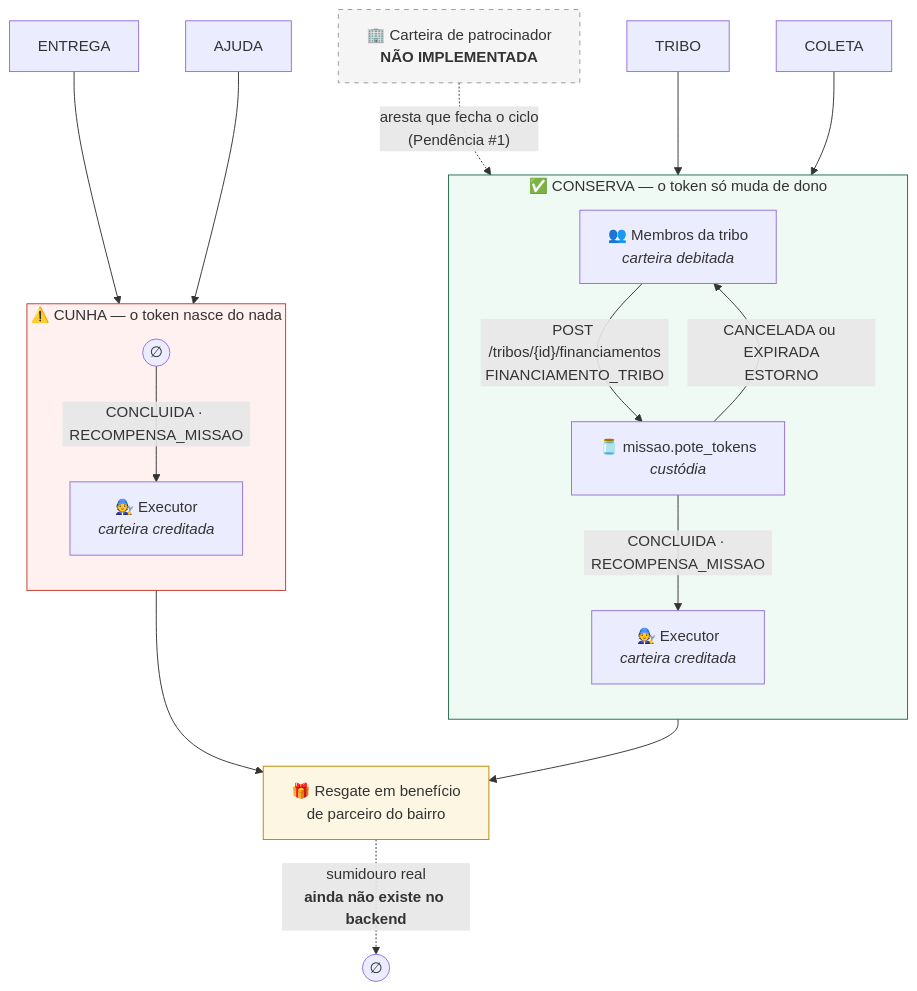
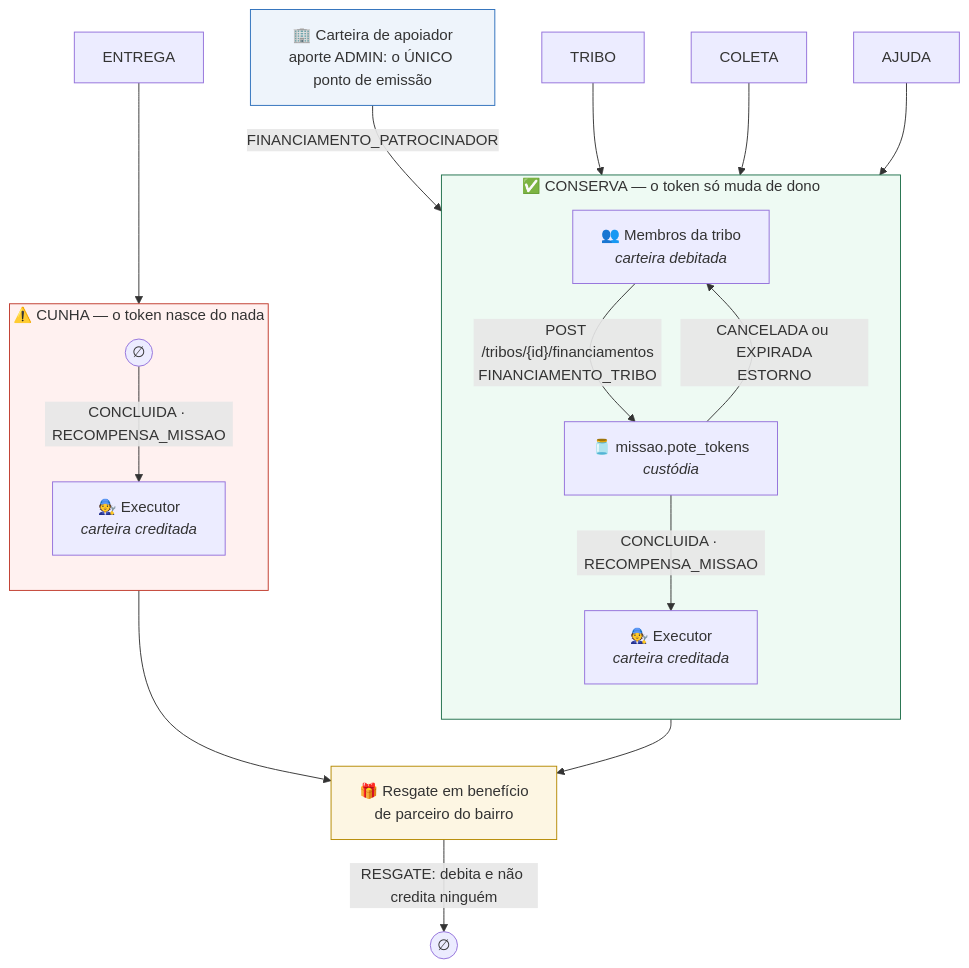
The first of 2 diagrams in docs/diagramas/fluxo-economico.md (RenanFerreira02/Omni-Tribo-PBL), drawn with Mermaid before and after one commit. The commit also changed other lines of this file and 760 other files, not shown here.

````diff
--- a/docs/diagramas/fluxo-economico.md
+++ b/docs/diagramas/fluxo-economico.md
@@ -19,36 +19,36 @@
 ```mermaid
 flowchart TB
     subgraph conserva ["✅ CONSERVA — o token só muda de dono"]
         direction TB
         membros["👥 Membros da tribo<br/><i>carteira debitada</i>"]
         pote["🫙 missao.pote_tokens<br/><i>custódia</i>"]
         exec1["🧑‍🔧 Executor<br/><i>carteira creditada</i>"]
         membros -->|"POST /tribos/{id}/financiamentos<br/>FINANCIAMENTO_TRIBO"| pote
         pote -->|"CONCLUIDA · RECOMPENSA_MISSAO"| exec1
         pote -->|"CANCELADA ou EXPIRADA<br/>ESTORNO"| membros
     end
 
     subgraph cunha ["⚠️ CUNHA — o token nasce do nada"]
         direction TB
         nada(("∅"))
         exec2["🧑‍🔧 Executor<br/><i>carteira creditada</i>"]
         nada -->|"CONCLUIDA · RECOMPENSA_MISSAO"| exec2
     end
 
     tribo["TRIBO"] --> conserva
     coleta["COLETA"] --> conserva
+    ajuda["AJUDA"] --> conserva
     entrega["ENTREGA"] --> cunha
-    ajuda["AJUDA"] --> cunha
 
-    patro["🏢 Carteira de patrocinador<br/><b>NÃO IMPLEMENTADA</b>"]
-    patro -.->|"aresta que fecha o ciclo<br/>(Pendência #1)"| pote
+    patro["🏢 Carteira de apoiador<br/>aporte ADMIN: o ÚNICO ponto de emissão"]
+    patro -->|"FINANCIAMENTO_PATROCINADOR"| pote
 
     exec1 --> resgate["🎁 Resgate em benefício<br/>de parceiro do bairro"]
     exec2 --> resgate
-    resgate -.->|"sumidouro real<br/><b>ainda não existe no backend</b>"| nada2(("∅"))
+    resgate -->|"RESGATE: debita e não credita ninguém"| nada2(("∅"))
 
     style cunha fill:#fff1f0,stroke:#c0392b
     style conserva fill:#eefaf3,stroke:#1f6f4a
-    style patro fill:#f5f5f5,stroke:#999,stroke-dasharray: 5 5
+    style patro fill:#eef4fb,stroke:#2c6fbb
     style resgate fill:#fdf6e3,stroke:#b58900
 ```
````
